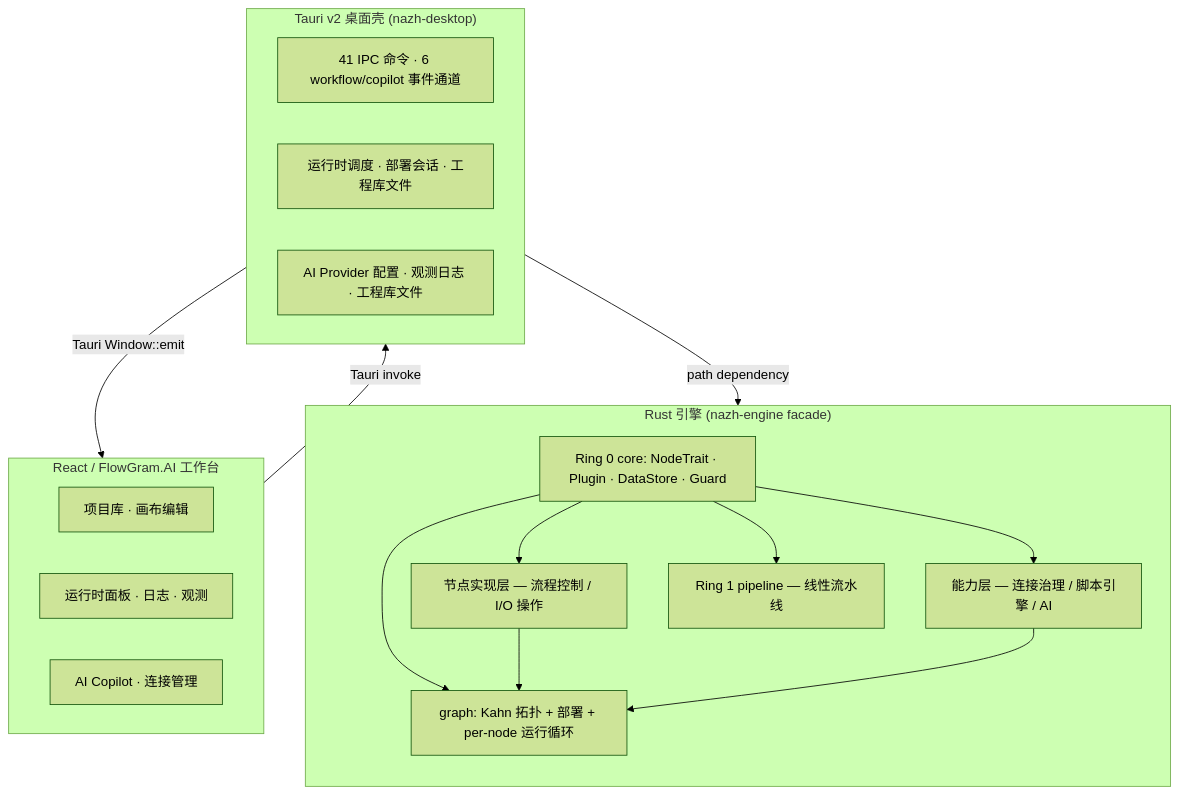
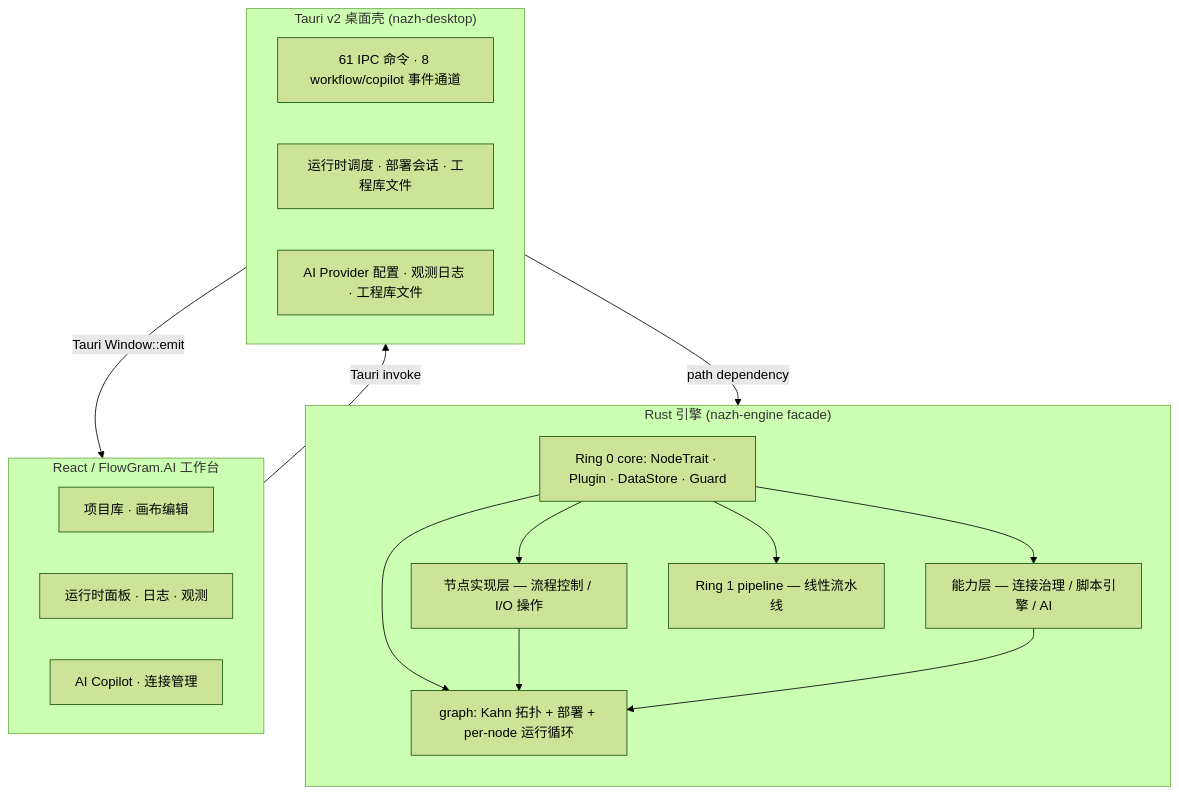
The diagram in README.md (ssXue/Nazh), drawn with Mermaid (forest theme) before and after one commit. The commit also changed other lines of this file and 21 other files, not shown here.

````diff
--- a/README.md
+++ b/README.md
@@ -47,33 +47,33 @@
 ```mermaid
 flowchart TB
     subgraph Frontend["React / FlowGram.AI 工作台"]
         F1["项目库 · 画布编辑"]
         F2["运行时面板 · 日志 · 观测"]
         F3["AI Copilot · 连接管理"]
     end
 
     subgraph Shell["Tauri v2 桌面壳 (nazh-desktop)"]
-        S1["41 IPC 命令 · 6 workflow/copilot 事件通道"]
+        S1["61 IPC 命令 · 8 workflow/copilot 事件通道"]
         S2["运行时调度 · 部署会话 · 工程库文件"]
         S3["AI Provider 配置 · 观测日志 · 工程库文件"]
     end
 
     subgraph Engine["Rust 引擎 (nazh-engine facade)"]
         direction TB
         C0["Ring 0 core: NodeTrait · Plugin · DataStore · Guard"]
         C1a["节点实现层 — 流程控制 / I/O 操作"]
         C1b["能力层 — 连接治理 / 脚本引擎 / AI"]
         C1c["Ring 1 pipeline — 线性流水线"]
         G["graph: Kahn 拓扑 + 部署 + per-node 运行循环"]
         C0 --> C1a
         C0 --> C1b
         C0 --> C1c
         C0 --> G
         C1a --> G
         C1b --> G
     end
 
     Frontend -- "Tauri invoke" --> Shell
     Shell -- "Tauri Window::emit" --> Frontend
     Shell -- "path dependency" --> Engine
 ```
````
